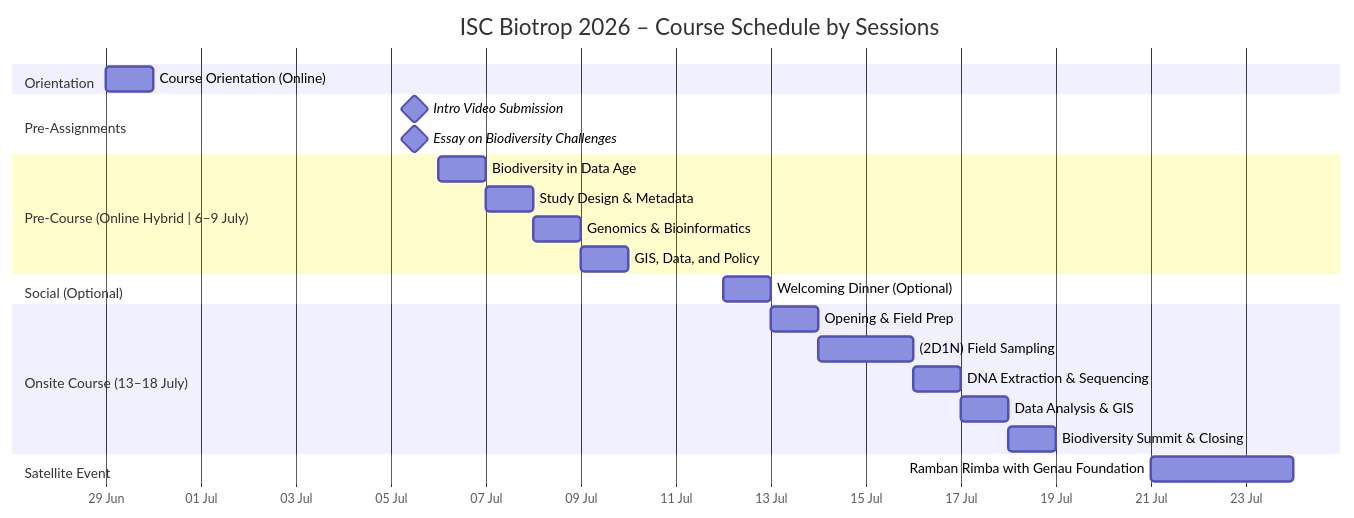
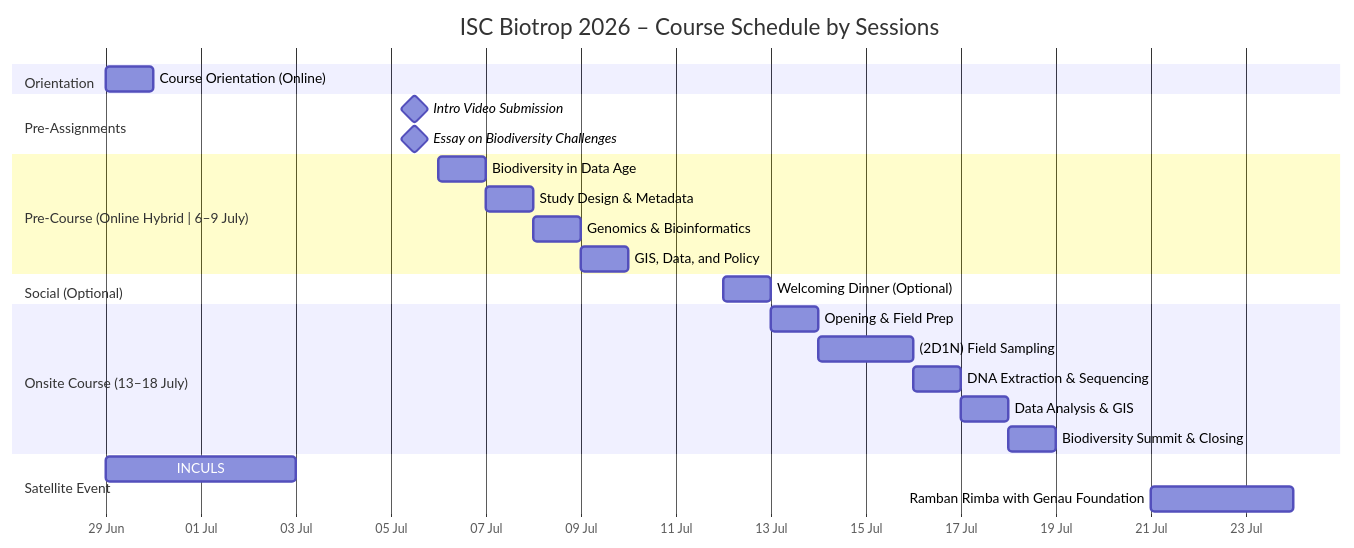
The diagram in program/schedule/index.qmd (iscbiotrop/2026), drawn with Mermaid before and after one commit. The commit also changed 1 other file, not shown here.

Commit message:
fix: update deadline

````diff
--- a/program/schedule/index.qmd
+++ b/program/schedule/index.qmd
@@ -15,32 +15,33 @@
 ```{mermaid}
 gantt
     title ISC Biotrop 2026 – Course Schedule by Sessions
     dateFormat  YYYY-MM-DD
     axisFormat  %d %b
 
     section Orientation
     Course Orientation (Online)        :2026-06-29, 1d
 
     section Pre-Assignments
     Intro Video Submission             :milestone, 2026-07-05, 1d
     Essay on Biodiversity Challenges   :milestone, 2026-07-05, 1d
 
     section Pre-Course (Online Hybrid | 6–9 July)
     Biodiversity in Data Age   :2026-07-06, 1d
     Study Design & Metadata    :2026-07-07, 1d
     Genomics & Bioinformatics  :2026-07-08, 1d
     GIS, Data, and Policy      :2026-07-09, 1d
 
     section Social (Optional) 
     Welcoming Dinner (Optional)      :a8, 2026-07-12, 1d
 
     section Onsite Course (13–18 July)
     Opening & Field Prep       :2026-07-13, 1d
     (2D1N) Field Sampling      :2026-07-14, 2d
     DNA Extraction & Sequencing :2026-07-16, 1d
     Data Analysis & GIS        :2026-07-17, 1d
     Biodiversity Summit & Closing           :2026-07-18, 1d
 
     section Satellite Event
+    INCULS :2026-06-29, 4d
     Ramban Rimba with Genau Foundation :2026-07-21, 3d
 ```
````
